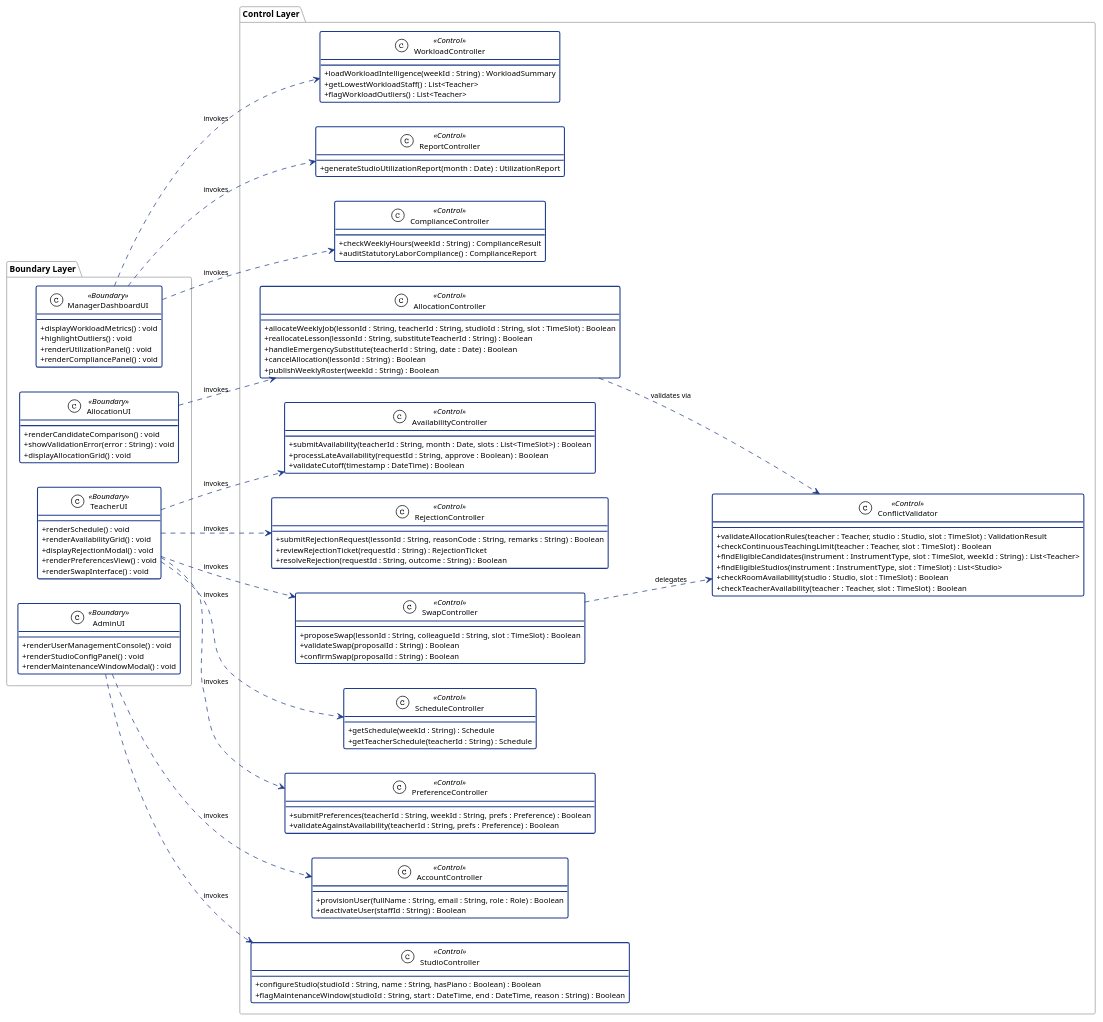
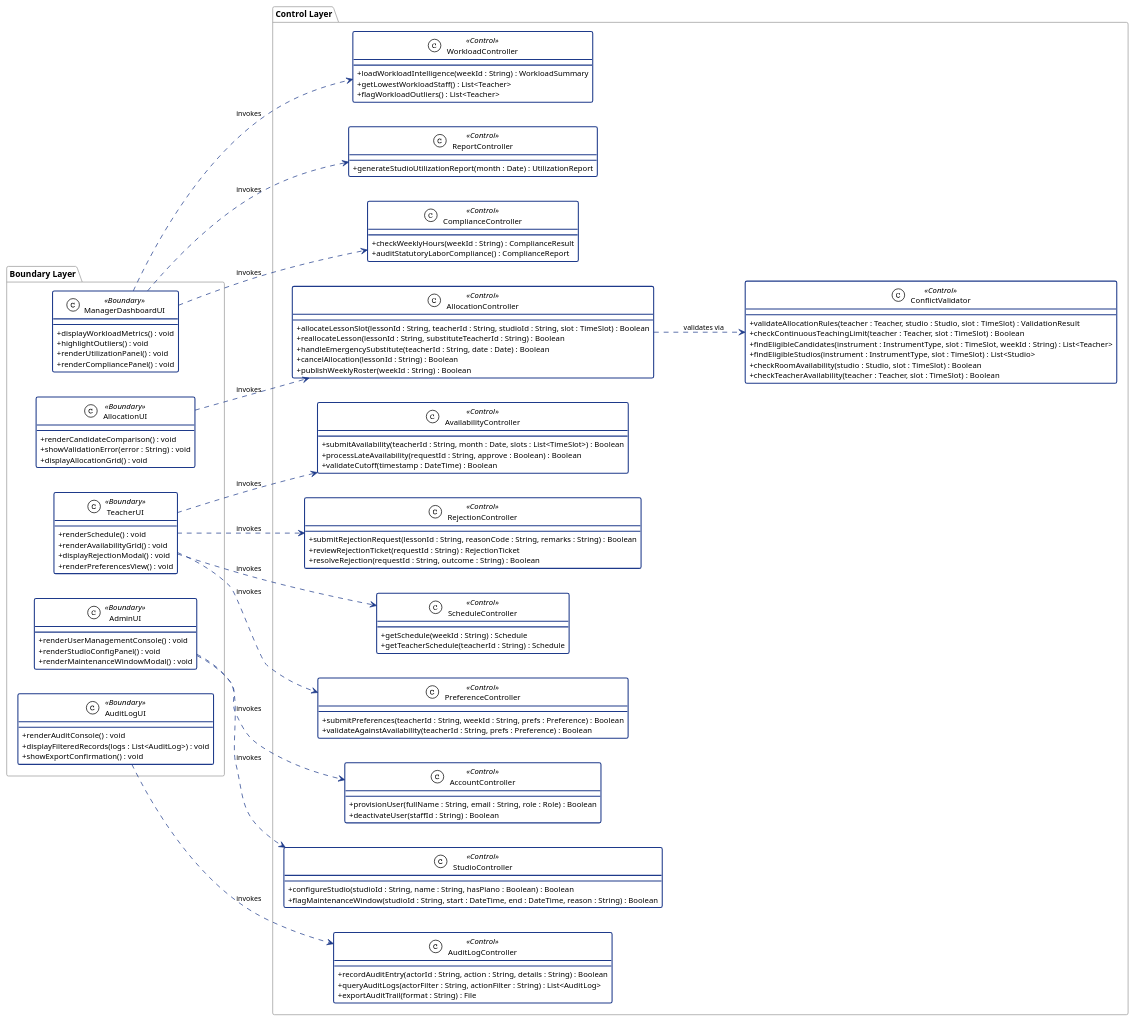
The diagram in report/assets/class_diagram_control.puml (adoreblvnk/2001temp), drawn with PlantUML before and after one commit. The commit also changed 11 other files, not shown here.

First line of the commit message:
feat(report): overhaul M1 requirements, diagrams, and traceability for A+ standard

```diff
--- a/report/assets/class_diagram_control.puml
+++ b/report/assets/class_diagram_control.puml
@@ -1,129 +1,132 @@
 @startuml class_diagram_control
 !theme plain
 left to right direction
 skinparam classAttributeIconSize 0
 skinparam shadowing false
 skinparam defaultFontName "Helvetica", "Arial", sans-serif
 skinparam defaultFontSize 11
 skinparam class {
     BackgroundColor #FFFFFF
     BorderColor #1E3A8A
     BorderThickness 1.5
 }
 skinparam arrow {
     Color #1E3A8A
     FontSize 10
 }
 skinparam package {
     BorderColor #999999
     FontStyle bold
     FontSize 12
 }
 
 ' ========== BOUNDARY CLASSES ==========
 package "Boundary Layer" {
     class ManagerDashboardUI <<Boundary>> {
         +displayWorkloadMetrics() : void
         +highlightOutliers() : void
         +renderUtilizationPanel() : void
         +renderCompliancePanel() : void
     }
     class AllocationUI <<Boundary>> {
         +renderCandidateComparison() : void
         +showValidationError(error : String) : void
         +displayAllocationGrid() : void
     }
     class TeacherUI <<Boundary>> {
         +renderSchedule() : void
         +renderAvailabilityGrid() : void
         +displayRejectionModal() : void
         +renderPreferencesView() : void
-        +renderSwapInterface() : void
     }
     class AdminUI <<Boundary>> {
         +renderUserManagementConsole() : void
         +renderStudioConfigPanel() : void
         +renderMaintenanceWindowModal() : void
+    }
+    class AuditLogUI <<Boundary>> {
+        +renderAuditConsole() : void
+        +displayFilteredRecords(logs : List<AuditLog>) : void
+        +showExportConfirmation() : void
     }
 }
 
 ' ========== CONTROL CLASSES ==========
 package "Control Layer" {
     class WorkloadController <<Control>> {
         +loadWorkloadIntelligence(weekId : String) : WorkloadSummary
         +getLowestWorkloadStaff() : List<Teacher>
         +flagWorkloadOutliers() : List<Teacher>
     }
     class AllocationController <<Control>> {
-        +allocateWeeklyJob(lessonId : String, teacherId : String, studioId : String, slot : TimeSlot) : Boolean
+        +allocateLessonSlot(lessonId : String, teacherId : String, studioId : String, slot : TimeSlot) : Boolean
         +reallocateLesson(lessonId : String, substituteTeacherId : String) : Boolean
         +handleEmergencySubstitute(teacherId : String, date : Date) : Boolean
         +cancelAllocation(lessonId : String) : Boolean
         +publishWeeklyRoster(weekId : String) : Boolean
     }
     class ConflictValidator <<Control>> {
         +validateAllocationRules(teacher : Teacher, studio : Studio, slot : TimeSlot) : ValidationResult
         +checkContinuousTeachingLimit(teacher : Teacher, slot : TimeSlot) : Boolean
         +findEligibleCandidates(instrument : InstrumentType, slot : TimeSlot, weekId : String) : List<Teacher>
         +findEligibleStudios(instrument : InstrumentType, slot : TimeSlot) : List<Studio>
         +checkRoomAvailability(studio : Studio, slot : TimeSlot) : Boolean
         +checkTeacherAvailability(teacher : Teacher, slot : TimeSlot) : Boolean
     }
     class AvailabilityController <<Control>> {
         +submitAvailability(teacherId : String, month : Date, slots : List<TimeSlot>) : Boolean
         +processLateAvailability(requestId : String, approve : Boolean) : Boolean
         +validateCutoff(timestamp : DateTime) : Boolean
     }
     class RejectionController <<Control>> {
         +submitRejectionRequest(lessonId : String, reasonCode : String, remarks : String) : Boolean
         +reviewRejectionTicket(requestId : String) : RejectionTicket
         +resolveRejection(requestId : String, outcome : String) : Boolean
-    }
-    class SwapController <<Control>> {
-        +proposeSwap(lessonId : String, colleagueId : String, slot : TimeSlot) : Boolean
-        +validateSwap(proposalId : String) : Boolean
-        +confirmSwap(proposalId : String) : Boolean
     }
     class AccountController <<Control>> {
         +provisionUser(fullName : String, email : String, role : Role) : Boolean
         +deactivateUser(staffId : String) : Boolean
     }
     class StudioController <<Control>> {
         +configureStudio(studioId : String, name : String, hasPiano : Boolean) : Boolean
         +flagMaintenanceWindow(studioId : String, start : DateTime, end : DateTime, reason : String) : Boolean
     }
     class ReportController <<Control>> {
         +generateStudioUtilizationReport(month : Date) : UtilizationReport
     }
     class ComplianceController <<Control>> {
         +checkWeeklyHours(weekId : String) : ComplianceResult
         +auditStatutoryLaborCompliance() : ComplianceReport
     }
     class ScheduleController <<Control>> {
         +getSchedule(weekId : String) : Schedule
         +getTeacherSchedule(teacherId : String) : Schedule
     }
     class PreferenceController <<Control>> {
         +submitPreferences(teacherId : String, weekId : String, prefs : Preference) : Boolean
         +validateAgainstAvailability(teacherId : String, prefs : Preference) : Boolean
     }
+    class AuditLogController <<Control>> {
+        +recordAuditEntry(actorId : String, action : String, details : String) : Boolean
+        +queryAuditLogs(actorFilter : String, actionFilter : String) : List<AuditLog>
+        +exportAuditTrail(format : String) : File
+    }
 }
 
 ' ========== DEPENDENCY (Boundary -> Control) ==========
 ManagerDashboardUI ..> WorkloadController : invokes
 ManagerDashboardUI ..> ReportController : invokes
 ManagerDashboardUI ..> ComplianceController : invokes
 AllocationUI ..> AllocationController : invokes
 TeacherUI ..> AvailabilityController : invokes
 TeacherUI ..> RejectionController : invokes
 TeacherUI ..> ScheduleController : invokes
 TeacherUI ..> PreferenceController : invokes
-TeacherUI ..> SwapController : invokes
 AdminUI ..> AccountController : invokes
 AdminUI ..> StudioController : invokes
+AuditLogUI ..> AuditLogController : invokes
 
 ' ========== DEPENDENCY (Control -> Control) ==========
 AllocationController ..> ConflictValidator : validates via
-SwapController ..> ConflictValidator : delegates
 
 @enduml
```
